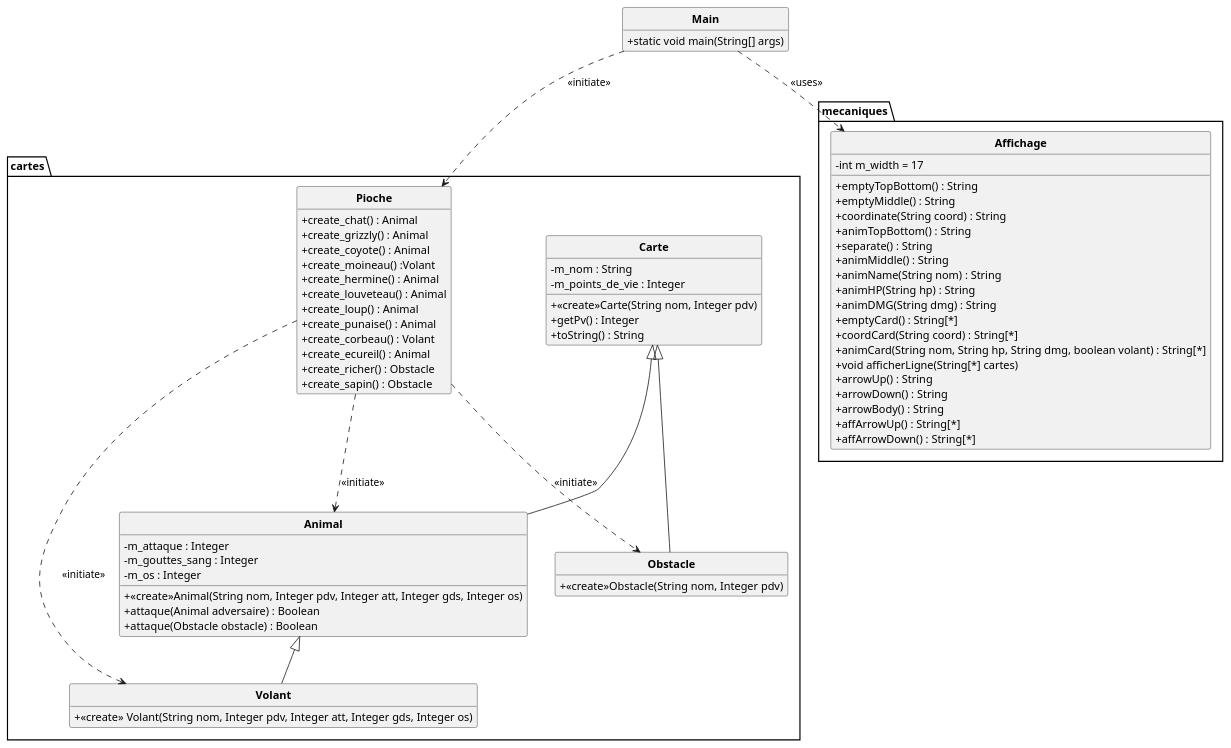
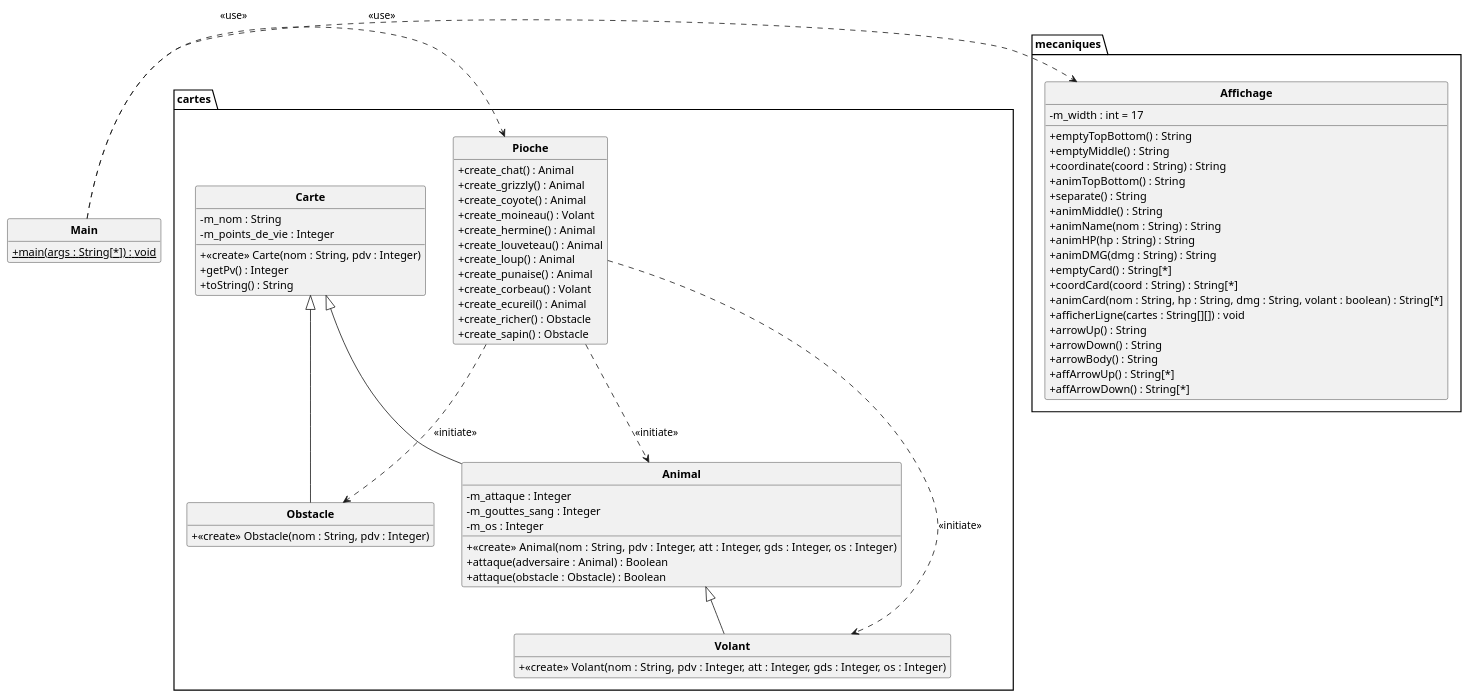
One commit to 3RZ4-L/projet_Inscryption changed the diagram in uml/semaine1.puml. Above: the diagram before and after it, drawn with PlantUML.

Commit message:
Correction uml

```diff
--- a/uml/semaine1.puml
+++ b/uml/semaine1.puml
@@ -1,84 +1,85 @@
 @startuml
 
 skinparam classAttributeIconSize 0
 skinparam classFontStyle Bold
 skinparam style strictuml
 hide empty members
 
 package cartes {
     class Carte {
-        -m_nom : String
-        -m_points_de_vie : Integer
-        +<<create>>Carte(String nom, Integer pdv)
-        +getPv() : Integer
-        +toString() : String
+        - m_nom : String
+        - m_points_de_vie : Integer
+        + <<create>> Carte(nom : String, pdv : Integer)
+        + getPv() : Integer
+        + toString() : String
     }
 
-    class Animal extends Carte{
-        -m_attaque : Integer
-        -m_gouttes_sang : Integer
-        -m_os : Integer
-        +<<create>>Animal(String nom, Integer pdv, Integer att, Integer gds, Integer os)
-        +attaque(Animal adversaire) : Boolean
-        +attaque(Obstacle obstacle) : Boolean
+    class Animal extends Carte {
+        - m_attaque : Integer
+        - m_gouttes_sang : Integer
+        - m_os : Integer
+        + <<create>> Animal(nom : String, pdv : Integer, att : Integer, gds : Integer, os : Integer)
+        + attaque(adversaire : Animal) : Boolean
+        + attaque(obstacle : Obstacle) : Boolean
     }
 
-    class Volant extends Animal{
-        +<<create>> Volant(String nom, Integer pdv, Integer att, Integer gds, Integer os)
+    class Volant extends Animal {
+        + <<create>> Volant(nom : String, pdv : Integer, att : Integer, gds : Integer, os : Integer)
     }
 
     class Obstacle extends Carte{
-        +<<create>>Obstacle(String nom, Integer pdv)
+        + <<create>> Obstacle(nom : String, pdv : Integer)
     }
 
     class Pioche {
-        +create_chat() : Animal
-        +create_grizzly() : Animal
-        +create_coyote() : Animal
-        +create_moineau() :Volant
-        +create_hermine() : Animal
-        +create_louveteau() : Animal
-        +create_loup() : Animal
-        +create_punaise() : Animal
-        +create_corbeau() : Volant
-        +create_ecureil() : Animal
-        +create_richer() : Obstacle
-        +create_sapin() : Obstacle
+        + create_chat() : Animal
+        + create_grizzly() : Animal
+        + create_coyote() : Animal
+        + create_moineau() : Volant
+        + create_hermine() : Animal
+        + create_louveteau() : Animal
+        + create_loup() : Animal
+        + create_punaise() : Animal
+        + create_corbeau() : Volant
+        + create_ecureil() : Animal
+        + create_richer() : Obstacle
+        + create_sapin() : Obstacle
     }
 }
 
 package mecaniques {
     class Affichage {
-        -int m_width = 17
-        +emptyTopBottom() : String
-        +emptyMiddle() : String
-        +coordinate(String coord) : String
-        +animTopBottom() : String
-        +separate() : String
-        +animMiddle() : String
-        +animName(String nom) : String
-        +animHP(String hp) : String
-        +animDMG(String dmg) : String
-        +emptyCard() : String[*]
-        +coordCard(String coord) : String[*]
-        +animCard(String nom, String hp, String dmg, boolean volant) : String[*]
-        +void afficherLigne(String[*] cartes)
-        +arrowUp() : String
-        +arrowDown() : String
-        +arrowBody() : String
-        +affArrowUp() : String[*]
-        +affArrowDown() : String[*]
+        - m_width : int = 17
+        + emptyTopBottom() : String
+        + emptyMiddle() : String
+        + coordinate(coord : String) : String
+        + animTopBottom() : String
+        + separate() : String
+        + animMiddle() : String
+        + animName(nom : String) : String
+        + animHP(hp : String) : String
+        + animDMG(dmg : String) : String
+        + emptyCard() : String[*]
+        + coordCard(coord : String) : String[*]
+        + animCard(nom : String, hp : String, dmg : String, volant : boolean) : String[*]
+        + afficherLigne(cartes : String[][]) : void
+        + arrowUp() : String
+        + arrowDown() : String
+        + arrowBody() : String
+        + affArrowUp() : String[*]
+        + affArrowDown() : String[*]
     }
 }
 
 class Main {
-    +static void main(String[] args)
+    + {static} main(args : String[*]) : void
 }
 
-Main ..> Pioche : <<initiate>>
-Main ..> Affichage : <<uses>>
+Main .> Pioche : <<use>>
+Main .> Affichage : <<use>>
+
 Pioche ..> Animal : <<initiate>>
+Pioche ..> Volant : <<initiate>>
 Pioche ..> Obstacle : <<initiate>>
-Pioche ..> Volant : <<initiate>>
 
 @enduml
```
